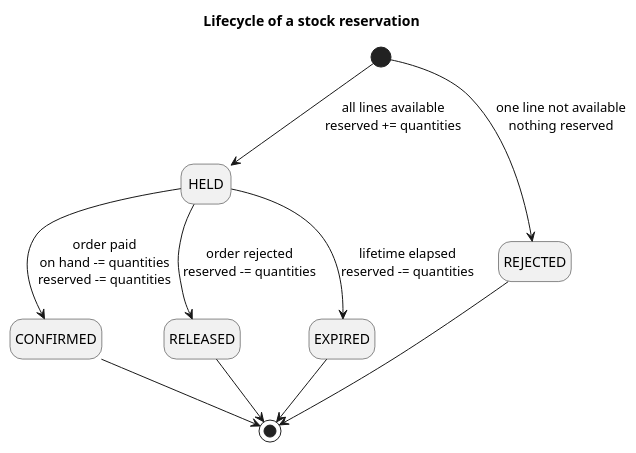
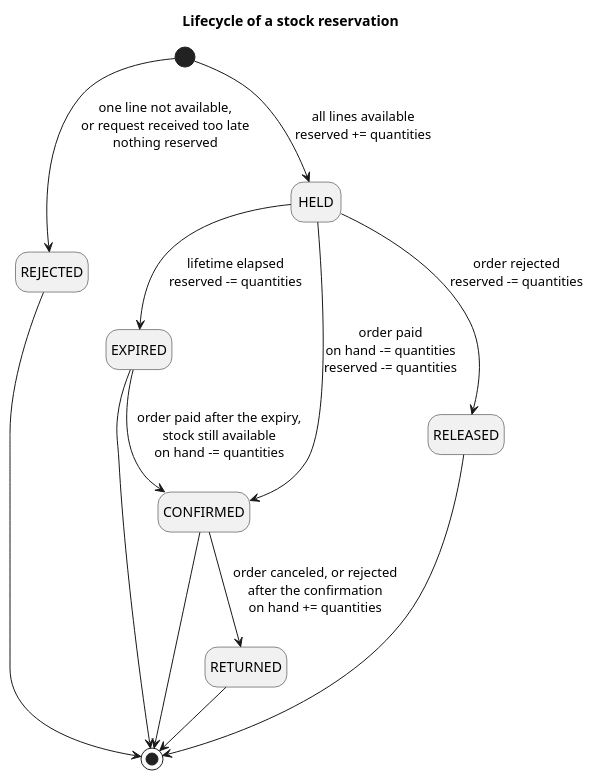
The diagram in doc/2-spec/01-business-needs/diagrams/reservation-lifecycle.puml (AxeloLabs/alten-commerce-platform), drawn with PlantUML before and after one commit. The commit also changed 40 other files, not shown here.

```diff
--- a/doc/2-spec/01-business-needs/diagrams/reservation-lifecycle.puml
+++ b/doc/2-spec/01-business-needs/diagrams/reservation-lifecycle.puml
@@ -1,16 +1,21 @@
 @startuml
 title Lifecycle of a stock reservation
 
 hide empty description
 
+state "REJECTED" as REJECTED_R
+state RETURNED
+
 [*] --> HELD : all lines available\nreserved += quantities
-[*] --> REJECTED_R : one line not available\nnothing reserved
-state "REJECTED" as REJECTED_R
+[*] --> REJECTED_R : one line not available,\nor request received too late\nnothing reserved
 HELD --> CONFIRMED : order paid\non hand -= quantities\nreserved -= quantities
 HELD --> RELEASED : order rejected\nreserved -= quantities
 HELD --> EXPIRED : lifetime elapsed\nreserved -= quantities
+EXPIRED --> CONFIRMED : order paid after the expiry,\nstock still available\non hand -= quantities
+CONFIRMED --> RETURNED : order canceled, or rejected\nafter the confirmation\non hand += quantities
 CONFIRMED --> [*]
 RELEASED --> [*]
 EXPIRED --> [*]
 REJECTED_R --> [*]
+RETURNED --> [*]
 @enduml
```
